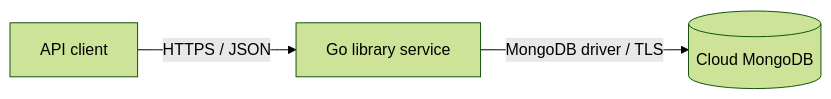
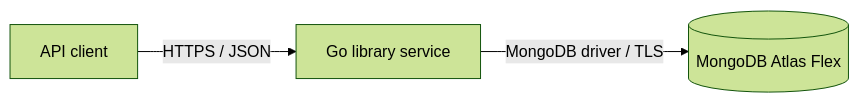
Before and after one commit to dfcut8/mongo-bench: the diagram in docs/architecture.md, drawn with Mermaid (forest theme). The commit also changed other lines of this file, not shown here.

Commit message:
Document Atlas Flex deployment decision (#3)

````diff
--- a/docs/architecture.md
+++ b/docs/architecture.md
@@ -11,5 +11,5 @@
 ```mermaid
 flowchart LR
     Client[API client] -->|HTTPS / JSON| API[Go library service]
-    API -->|MongoDB driver / TLS| DB[(Cloud MongoDB)]
+    API -->|MongoDB driver / TLS| DB[(MongoDB Atlas Flex)]
 ```
````
